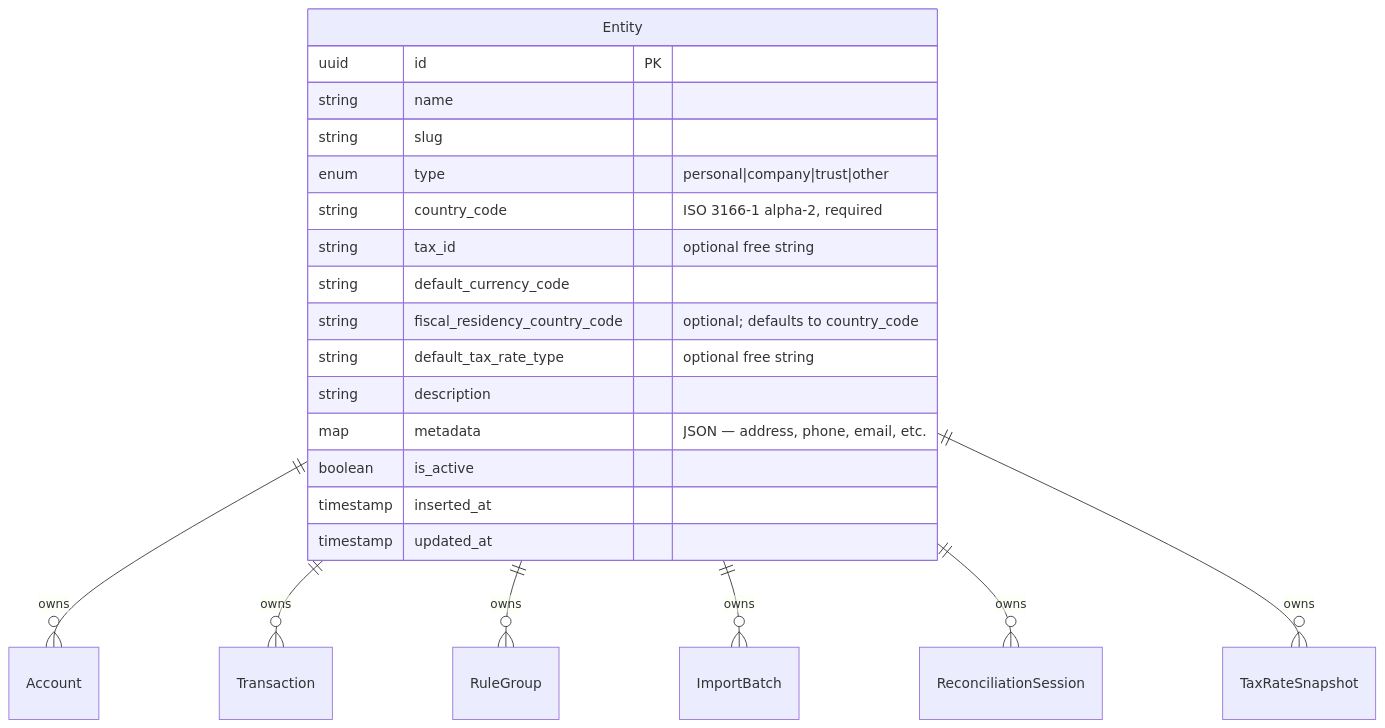
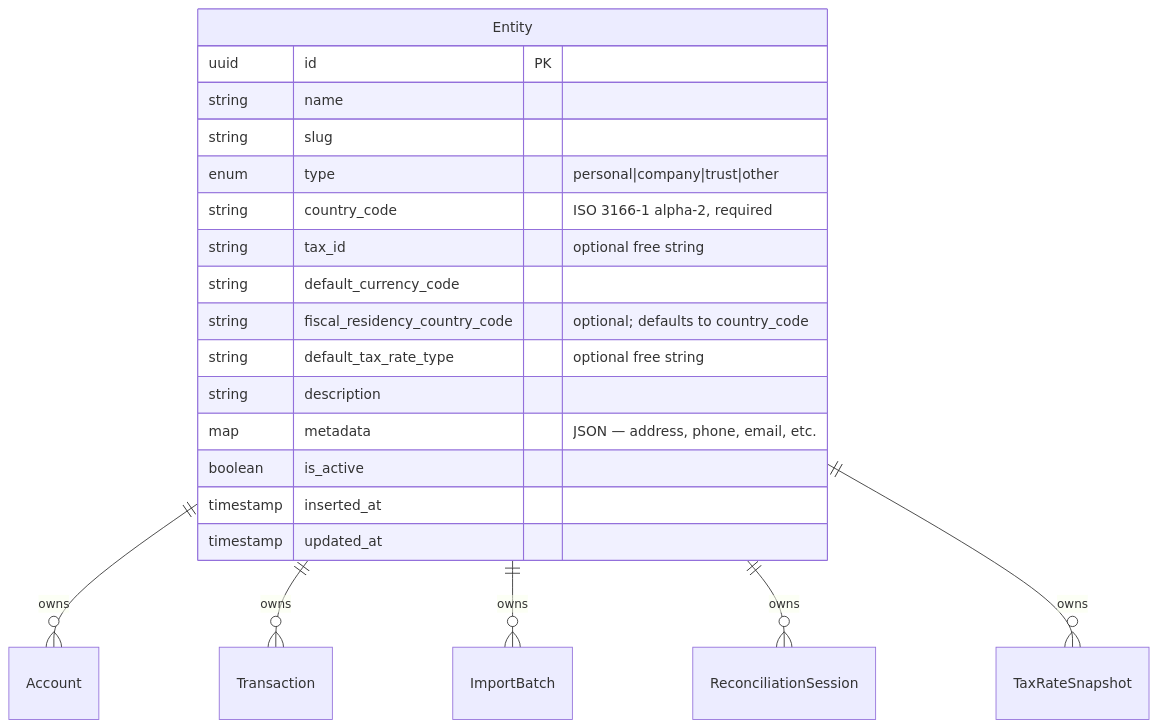
Before and after one commit to mberrueta/aurum-finance: the first of 2 diagrams in docs/adr/0009-multi-entity-ownership-model.md, drawn with Mermaid. The commit also changed 7 other files, not shown here.

````diff
--- a/docs/adr/0009-multi-entity-ownership-model.md
+++ b/docs/adr/0009-multi-entity-ownership-model.md
@@ -350,26 +350,25 @@
 ```mermaid
 erDiagram
     Entity ||--o{ Account : "owns"
     Entity ||--o{ Transaction : "owns"
-    Entity ||--o{ RuleGroup : "owns"
     Entity ||--o{ ImportBatch : "owns"
     Entity ||--o{ ReconciliationSession : "owns"
     Entity ||--o{ TaxRateSnapshot : "owns"
 
     Entity {
         uuid id PK
         string name
         string slug
         enum type "personal|company|trust|other"
         string country_code "ISO 3166-1 alpha-2, required"
         string tax_id "optional free string"
         string default_currency_code
         string fiscal_residency_country_code "optional; defaults to country_code"
         string default_tax_rate_type "optional free string"
         string description
         map metadata "JSON — address, phone, email, etc."
         boolean is_active
         timestamp inserted_at
         timestamp updated_at
     }
 ```
````
